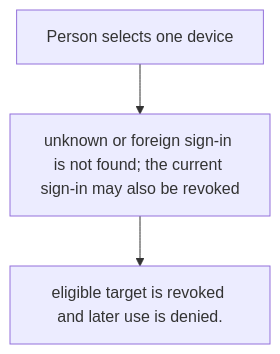
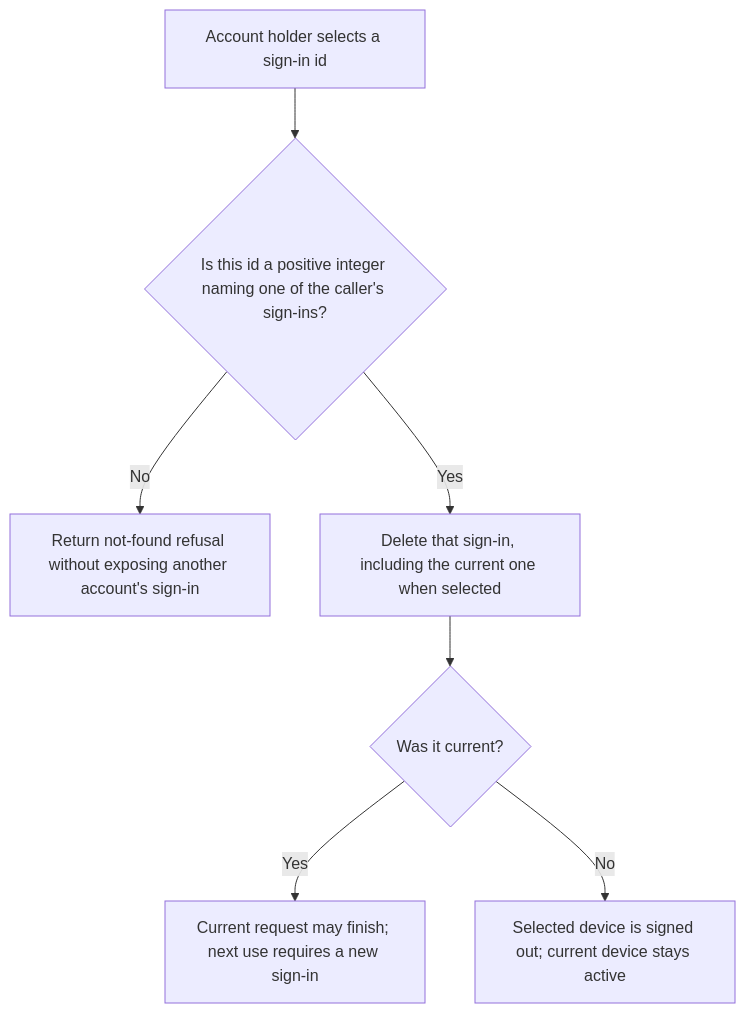
One commit to Kevinjohn/oss-adonisjs-account-kit changed the first of 2 diagrams in user-stories/US-ACCOUNT-15-revoke-device.md. Above: the diagram before and after it, drawn with Mermaid. The commit also changed other lines of this file and 9 other files, not shown here.

````diff
--- a/user-stories/US-ACCOUNT-15-revoke-device.md
+++ b/user-stories/US-ACCOUNT-15-revoke-device.md
@@ -20,8 +18,9 @@
 ```mermaid
 flowchart TD
-    U0["Person selects one device"]
-    U1["unknown or foreign sign-in is not found; the current sign-in may also be revoked"]
-    U0 --> U1
-    U2["eligible target is revoked and later use is denied."]
-    U1 --> U2
+ A["Account holder selects a sign-in id"] --> B{"Is this id a positive integer naming one of the caller's sign-ins?"}
+ B -->|No| C["Return not-found refusal without exposing another account's sign-in"]
+ B -->|Yes| D["Delete that sign-in, including the current one when selected"]
+ D --> E{"Was it current?"}
+ E -->|Yes| F["Current request may finish; next use requires a new sign-in"]
+ E -->|No| G["Selected device is signed out; current device stays active"]
 ```
````
